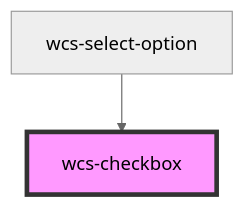
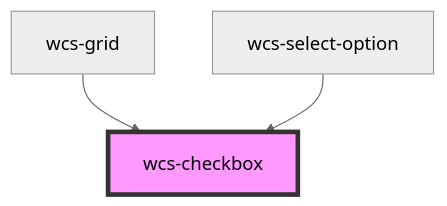
The diagram in src/components/checkbox/readme.md (SNCFdevelopers/wcs), drawn with Mermaid (neutral theme) before and after one commit. The commit also changed other lines of this file and 23 other files, not shown here.

Commit message:
feat(grid): create minimal wcs grid component

````diff
--- a/src/components/checkbox/readme.md
+++ b/src/components/checkbox/readme.md
@@ -45,5 +46,6 @@
 ```mermaid
 graph TD;
+  wcs-grid --> wcs-checkbox
   wcs-select-option --> wcs-checkbox
   style wcs-checkbox fill:#f9f,stroke:#333,stroke-width:4px
 ```
````
